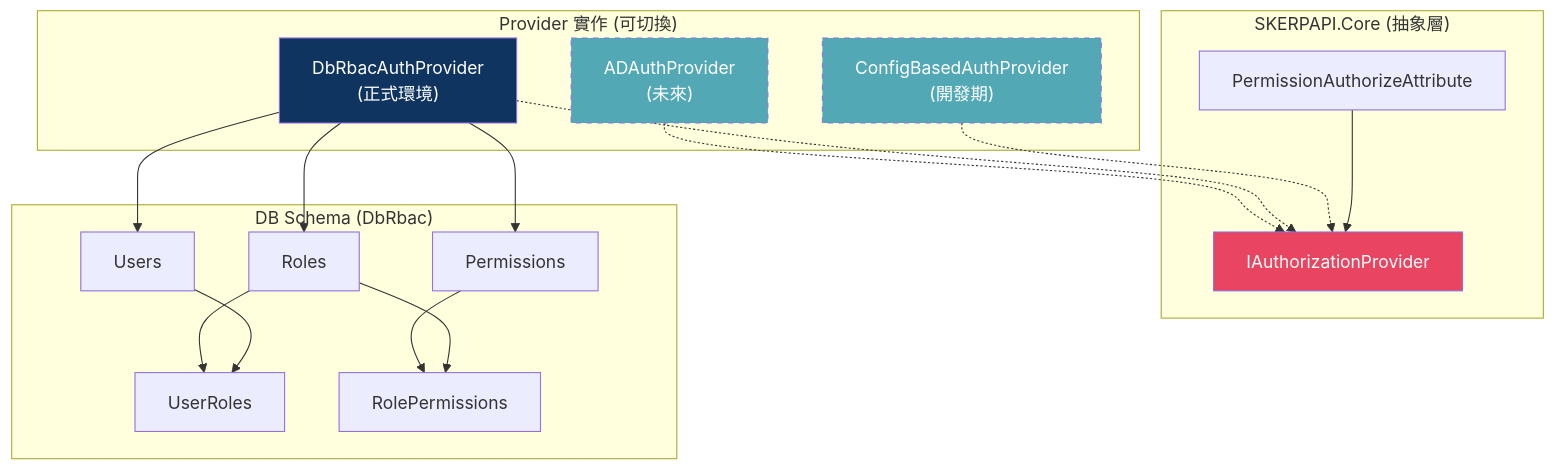
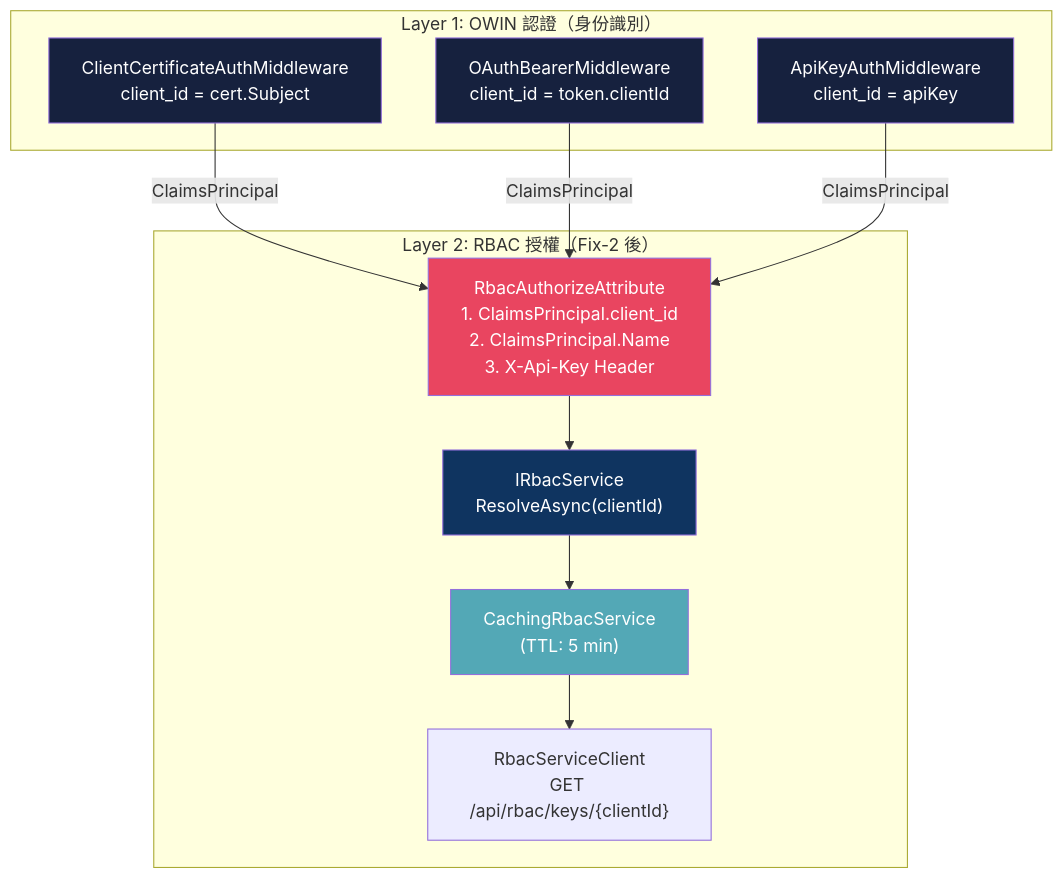
Before and after one commit to fdjy1234/SKERPAPI: the fourth of 6 diagrams in docs/SKERPAPI-Architecture-Document.md, drawn with Mermaid. The commit also changed other lines of this file and 11 other files, not shown here.

Commit message:
Fix RBAC authorization to honor layer 1 principals

````diff
--- a/docs/SKERPAPI-Architecture-Document.md
+++ b/docs/SKERPAPI-Architecture-Document.md
@@ -251,38 +268,29 @@
 ```mermaid
 graph TB
-    subgraph "SKERPAPI.Core (抽象層)"
-        IAuthZ["IAuthorizationProvider"]
-        AuthZAttr["PermissionAuthorizeAttribute"]
+    subgraph "Layer 1: OWIN 認證（身份識別）"
+        mTLS_MW["ClientCertificateAuthMiddleware<br/>client_id = cert.Subject"]
+        OAuth_MW["OAuthBearerMiddleware<br/>client_id = token.clientId"]
+        ApiKey_MW["ApiKeyAuthMiddleware<br/>client_id = apiKey"]
     end
 
-    subgraph "Provider 實作 (可切換)"
-        ConfigProv["ConfigBasedAuthProvider<br/>(開發期)"]
-        DbProv["DbRbacAuthProvider<br/>(正式環境)"]
-        ADProv["ADAuthProvider<br/>(未來)"]
+    subgraph "Layer 2: RBAC 授權（Fix-2 後）"
+        RbacAttr["RbacAuthorizeAttribute<br/>1. ClaimsPrincipal.client_id<br/>2. ClaimsPrincipal.Name<br/>3. X-Api-Key Header"]
+        RbacSvc["IRbacService<br/>ResolveAsync(clientId)"]
+        Cache["CachingRbacService<br/>(TTL: 5 min)"]
+        Client["RbacServiceClient<br/>GET /api/rbac/keys/{clientId}"]
     end
 
-    subgraph "DB Schema (DbRbac)"
-        Users["Users"]
-        Roles["Roles"]
-        Perms["Permissions"]
-        UR["UserRoles"]
-        RP["RolePermissions"]
-    end
+    mTLS_MW -->|"ClaimsPrincipal"| RbacAttr
+    OAuth_MW -->|"ClaimsPrincipal"| RbacAttr
+    ApiKey_MW -->|"ClaimsPrincipal"| RbacAttr
+    RbacAttr --> RbacSvc
+    RbacSvc --> Cache
+    Cache --> Client
 
-    AuthZAttr --> IAuthZ
-    ConfigProv -.-> IAuthZ
-    DbProv -.-> IAuthZ
-    ADProv -.-> IAuthZ
-    DbProv --> Users
-    DbProv --> Roles
-    DbProv --> Perms
-    Users --> UR
-    Roles --> UR
-    Roles --> RP
-    Perms --> RP
-
-    style IAuthZ fill:#e94560,color:#fff
-    style DbProv fill:#0f3460,color:#fff
-    style ConfigProv fill:#53a8b6,color:#fff,stroke-dasharray: 5 5
-    style ADProv fill:#53a8b6,color:#fff,stroke-dasharray: 5 5
+    style RbacAttr fill:#e94560,color:#fff
+    style RbacSvc fill:#0f3460,color:#fff
+    style Cache fill:#53a8b6,color:#fff
+    style mTLS_MW fill:#16213e,color:#fff
+    style OAuth_MW fill:#16213e,color:#fff
+    style ApiKey_MW fill:#16213e,color:#fff
 ```
````
